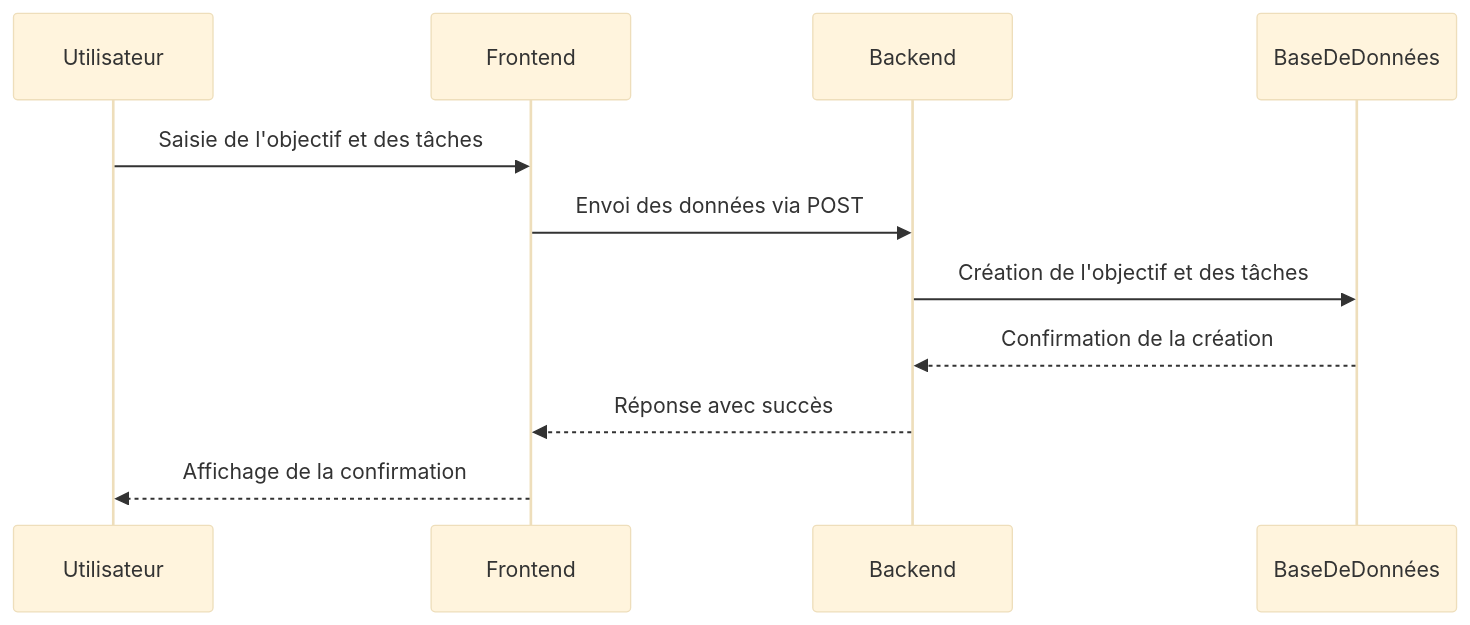
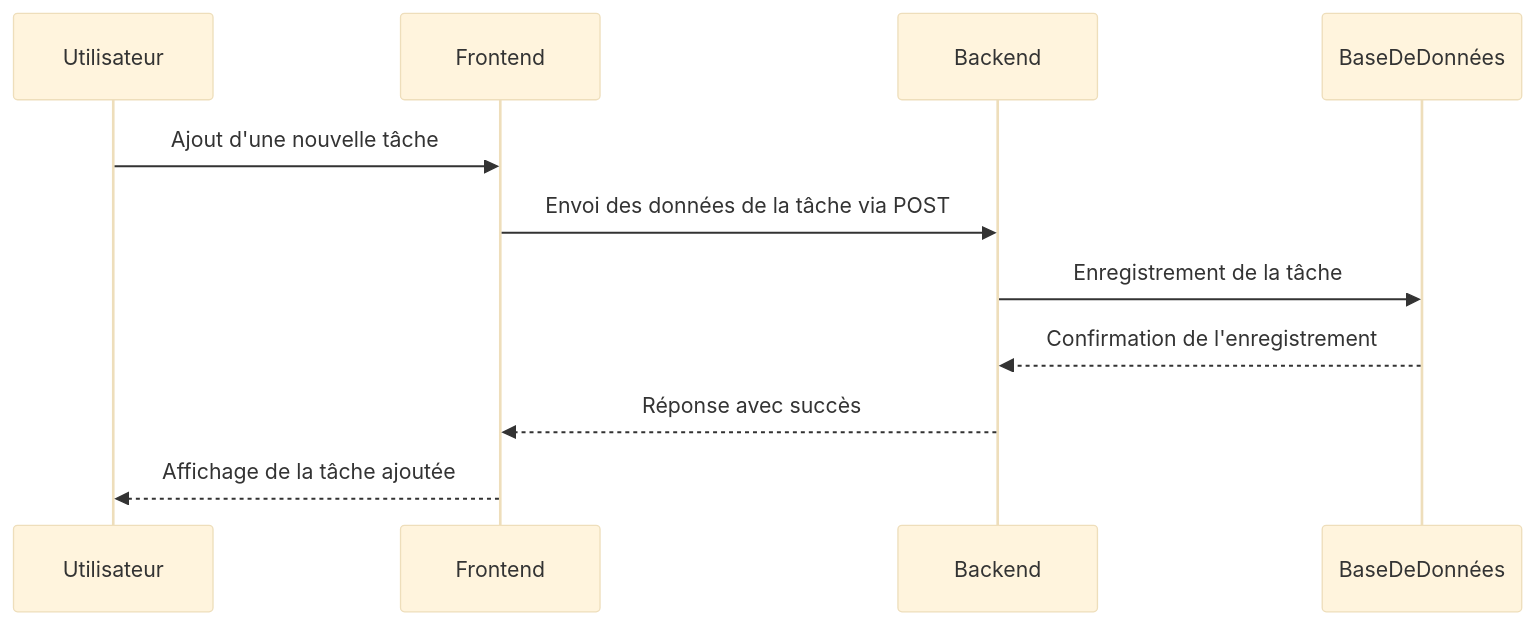
One commit to MelodyDuplaix/tasks_manager_django changed the fourth of 6 diagrams in readme.md. Above: the diagram before and after it, drawn with Mermaid (base theme). The commit also changed other lines of this file, not shown here.

````diff
--- a/readme.md
+++ b/readme.md
@@ -142,14 +186,14 @@
 ```mermaid
 sequenceDiagram
     participant Utilisateur
     participant Frontend
     participant Backend
     participant BaseDeDonnées
 
-    Utilisateur->>Frontend: Saisie de l'objectif et des tâches
-    Frontend->>Backend: Envoi des données via POST
-    Backend->>BaseDeDonnées: Création de l'objectif et des tâches
-    BaseDeDonnées-->>Backend: Confirmation de la création
+    Utilisateur->>Frontend: Ajout d'une nouvelle tâche
+    Frontend->>Backend: Envoi des données de la tâche via POST
+    Backend->>BaseDeDonnées: Enregistrement de la tâche
+    BaseDeDonnées-->>Backend: Confirmation de l'enregistrement
     Backend-->>Frontend: Réponse avec succès
-    Frontend-->>Utilisateur: Affichage de la confirmation
+    Frontend-->>Utilisateur: Affichage de la tâche ajoutée
 ```
````
